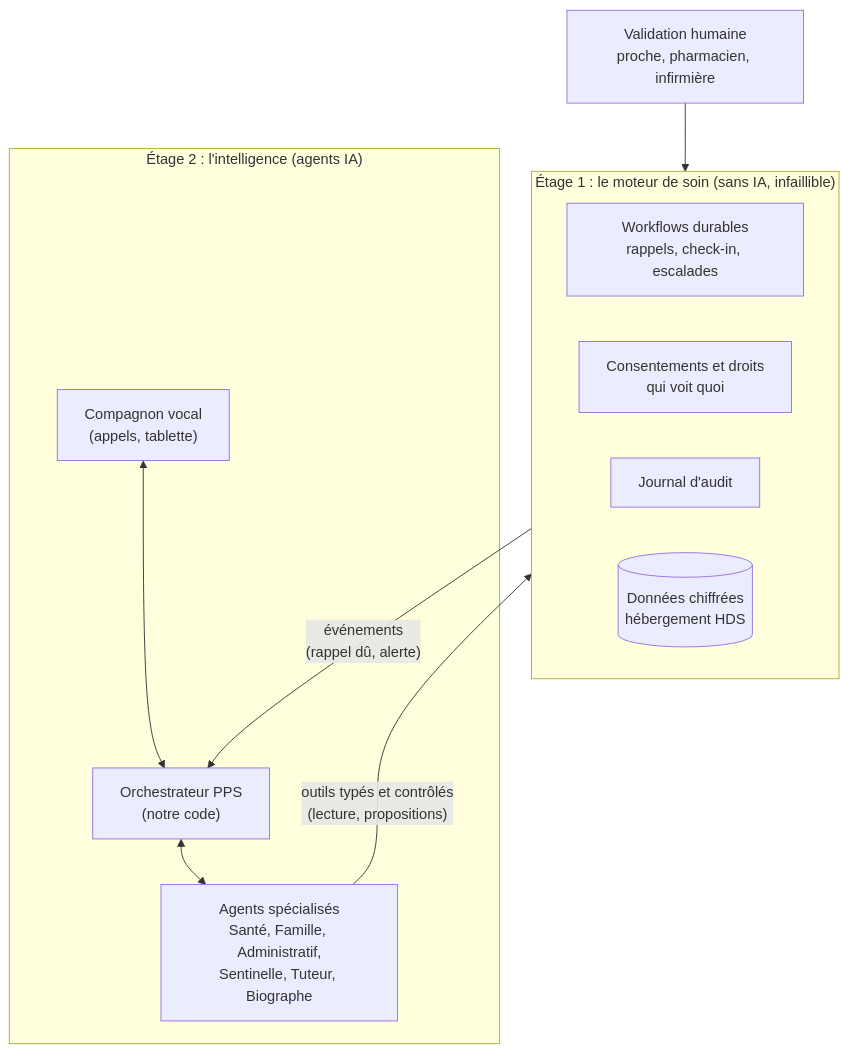
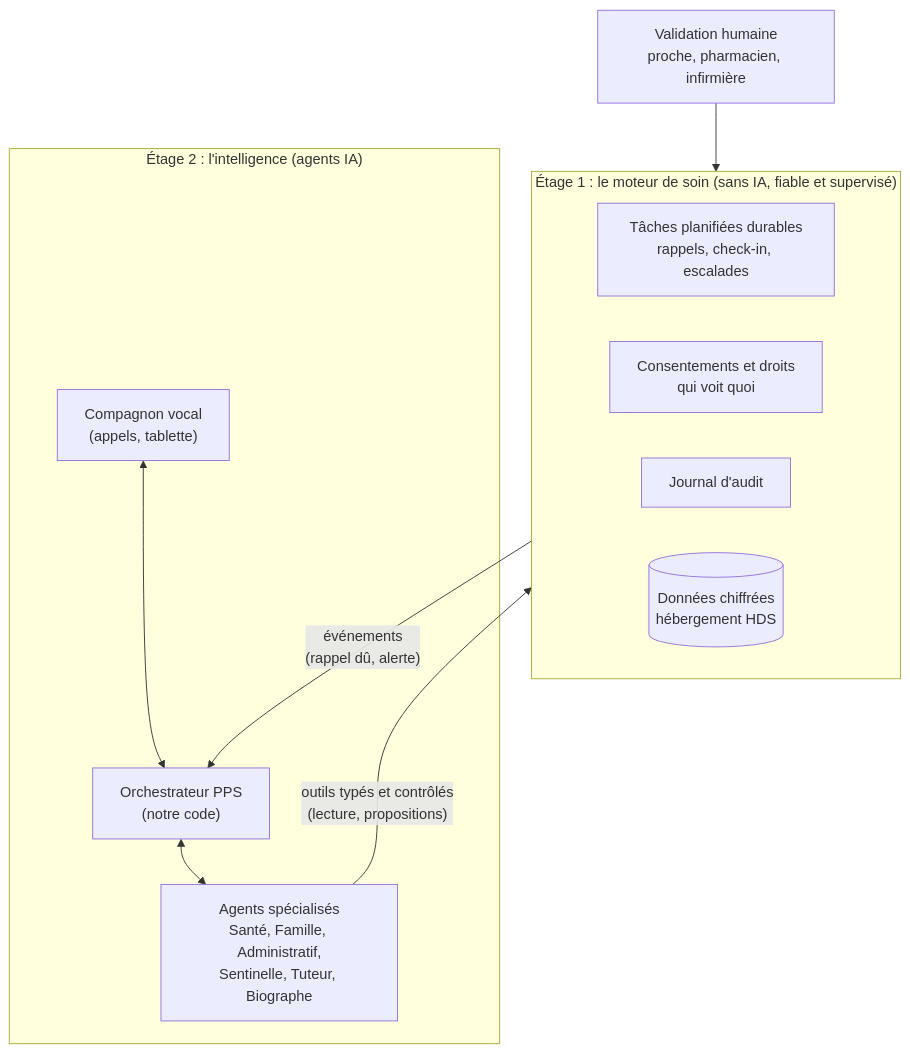
Before and after one commit to OrizonLab/pps: the diagram in docs/08-faisabilite-et-choix-ia.md, drawn with Mermaid. The commit also changed other lines of this file and 23 other files, not shown here.

````diff
--- a/docs/08-faisabilite-et-choix-ia.md
+++ b/docs/08-faisabilite-et-choix-ia.md
@@ -73,20 +74,20 @@
 ```mermaid
 flowchart TB
     subgraph E2["Étage 2 : l'intelligence (agents IA)"]
         COMP["Compagnon vocal<br/>(appels, tablette)"]
         ORCH["Orchestrateur PPS<br/>(notre code)"]
         AG["Agents spécialisés<br/>Santé, Famille, Administratif,<br/>Sentinelle, Tuteur, Biographe"]
         COMP <--> ORCH <--> AG
     end
 
-    subgraph E1["Étage 1 : le moteur de soin (sans IA, infaillible)"]
-        WF["Workflows durables<br/>rappels, check-in, escalades"]
+    subgraph E1["Étage 1 : le moteur de soin (sans IA, fiable et supervisé)"]
+        WF["Tâches planifiées durables<br/>rappels, check-in, escalades"]
         CONS["Consentements et droits<br/>qui voit quoi"]
         AUD["Journal d'audit"]
         DATA[("Données chiffrées<br/>hébergement HDS")]
     end
 
     AG -- "outils typés et contrôlés<br/>(lecture, propositions)" --> E1
     E1 -- "événements<br/>(rappel dû, alerte)" --> ORCH
     H["Validation humaine<br/>proche, pharmacien, infirmière"] --> E1
 ```
````
